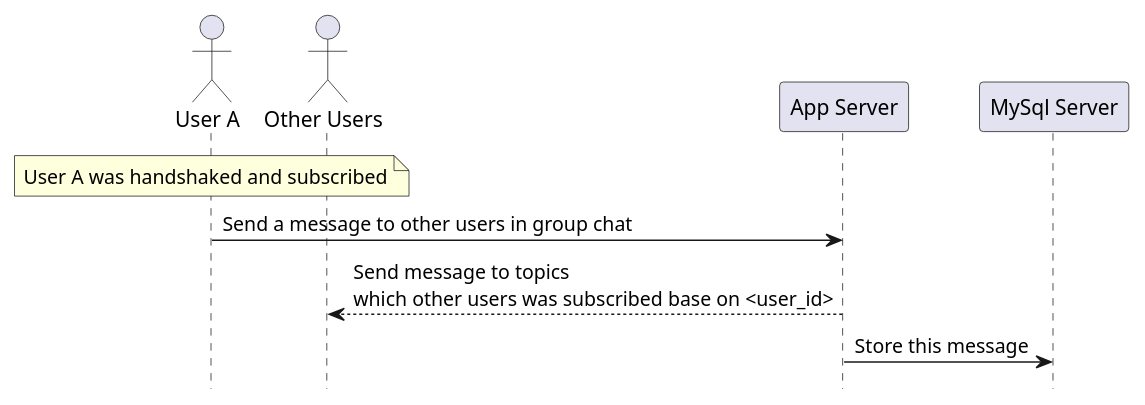
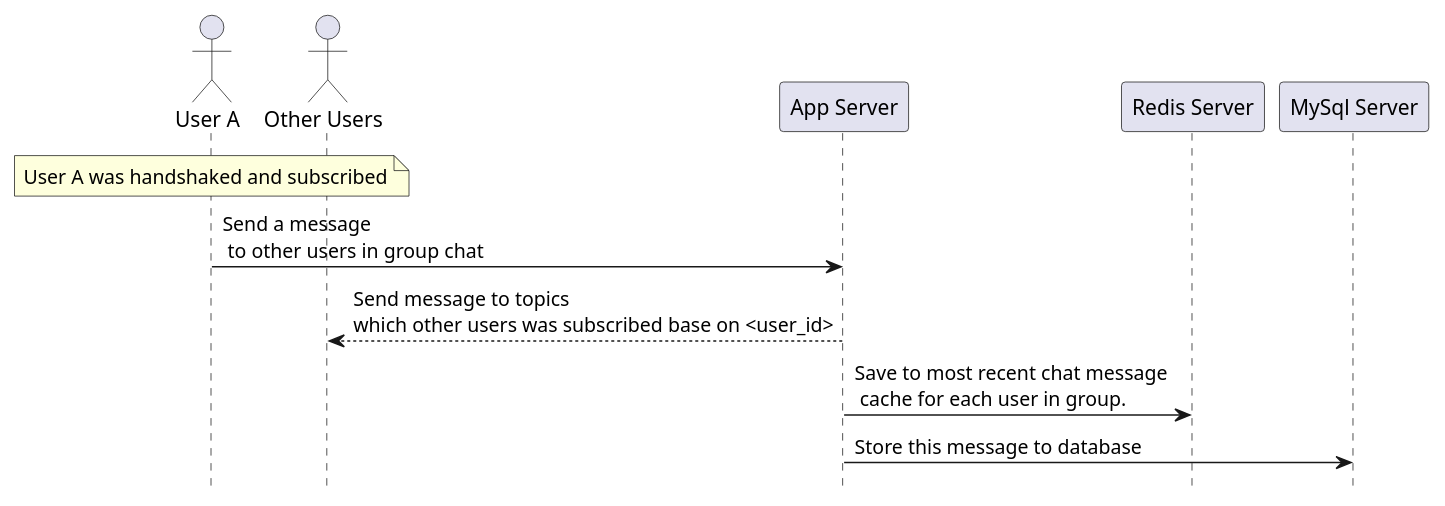
One commit to noradomi/foo-app changed the diagram in seq-diagrams/chatgroup.puml. Above: the diagram before and after it, drawn with PlantUML. The commit also changed 6 other files, not shown here.

```diff
--- a/seq-diagrams/chatgroup.puml
+++ b/seq-diagrams/chatgroup.puml
@@ -1,12 +1,13 @@
-@startuml chatgroup
-    hide footbox
+@startuml chatsingle
+hide footbox
 
-    actor "User A"
-    actor "Other Users"
+actor "User A"
+actor "Other Users"
 
-    note over "User A": User A was handshaked and subscribed
-    "User A" -> "App Server": Send a message to other users in group chat
-    "App Server" --> "Other Users": Send message to topics \nwhich other users was subscribed base on <user_id>
-    "App Server" -> "MySql Server": Store this message
+note over "User A": User A was handshaked and subscribed
+"User A" -> "App Server": Send a message\n to other users in group chat
+"App Server" --> "Other Users": Send message to topics \nwhich other users was subscribed base on <user_id>
+"App Server" -> "Redis Server": Save to most recent chat message\n cache for each user in group.
+"App Server" -> "MySql Server": Store this message to database
 
 @enduml
```
